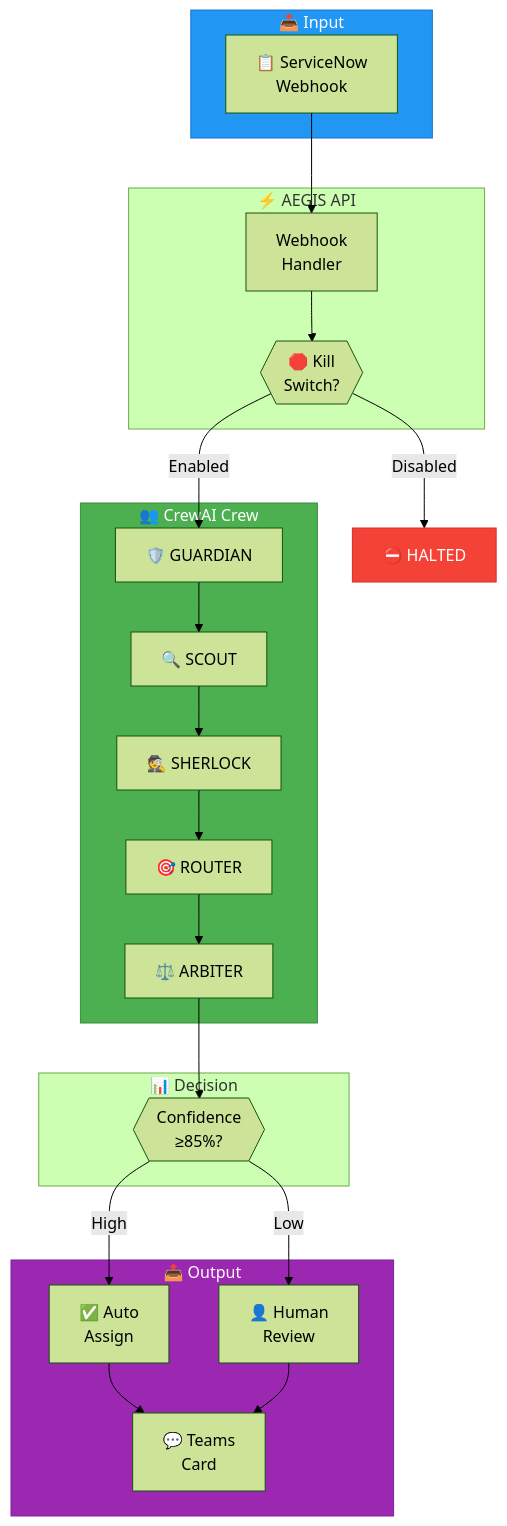
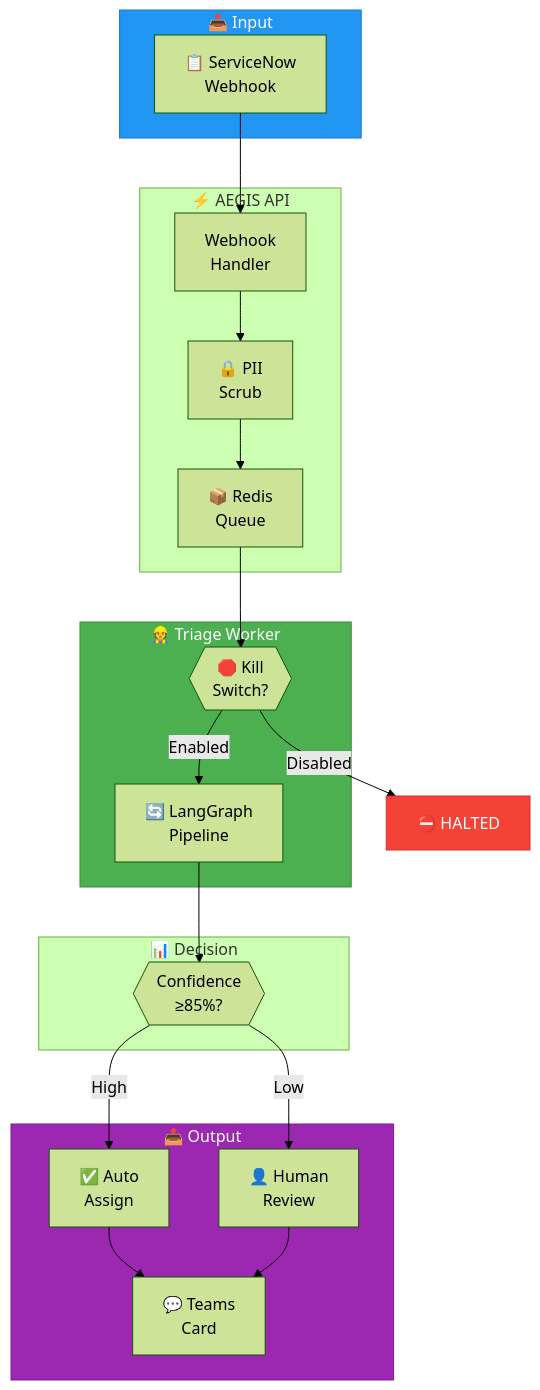
One commit to maniltns/AEGIS changed the fourth of 7 diagrams in docs/architecture-diagrams.md. Above: the diagram before and after it, drawn with Mermaid (forest theme). The commit also changed other lines of this file and 6 other files, not shown here.

````diff
--- a/docs/architecture-diagrams.md
+++ b/docs/architecture-diagrams.md
@@ -196,43 +165,41 @@
 ```mermaid
 flowchart TB
     subgraph INPUT["📥 Input"]
         SNOW["📋 ServiceNow<br/>Webhook"]
     end
     
     subgraph API["⚡ AEGIS API"]
         WH["Webhook<br/>Handler"]
-        KS{{"🛑 Kill<br/>Switch?"}}
+        PII["🔒 PII<br/>Scrub"]
+        QUEUE["📦 Redis<br/>Queue"]
     end
     
-    subgraph CREW["👥 CrewAI Crew"]
-        G["🛡️ GUARDIAN"]
-        S["🔍 SCOUT"]
-        SH["🕵️ SHERLOCK"]
-        R["🎯 ROUTER"]
-        A["⚖️ ARBITER"]
+    subgraph WORKER["👷 Triage Worker"]
+        KS{{"🛑 Kill<br/>Switch?"}}
+        GRAPH["🔄 LangGraph<br/>Pipeline"]
     end
     
     subgraph DECISION["📊 Decision"]
         CONF{{"Confidence<br/>≥85%?"}}
     end
     
     subgraph OUTPUT["📤 Output"]
         AUTO["✅ Auto<br/>Assign"]
         HUMAN["👤 Human<br/>Review"]
         TEAMS["💬 Teams<br/>Card"]
     end
     
-    SNOW --> WH --> KS
-    KS -->|Enabled| G
+    SNOW --> WH --> PII --> QUEUE --> KS
+    KS -->|Enabled| GRAPH
     KS -->|Disabled| HALT["⛔ HALTED"]
-    G --> S --> SH --> R --> A --> CONF
+    GRAPH --> CONF
     CONF -->|High| AUTO
     CONF -->|Low| HUMAN
     AUTO --> TEAMS
     HUMAN --> TEAMS
     
     style INPUT fill:#2196f3,stroke:#1976d2,color:#fff
-    style CREW fill:#4caf50,stroke:#388e3c,color:#fff
+    style WORKER fill:#4caf50,stroke:#388e3c,color:#fff
     style OUTPUT fill:#9c27b0,stroke:#7b1fa2,color:#fff
     style HALT fill:#f44336,stroke:#d32f2f,color:#fff
 ```
````
